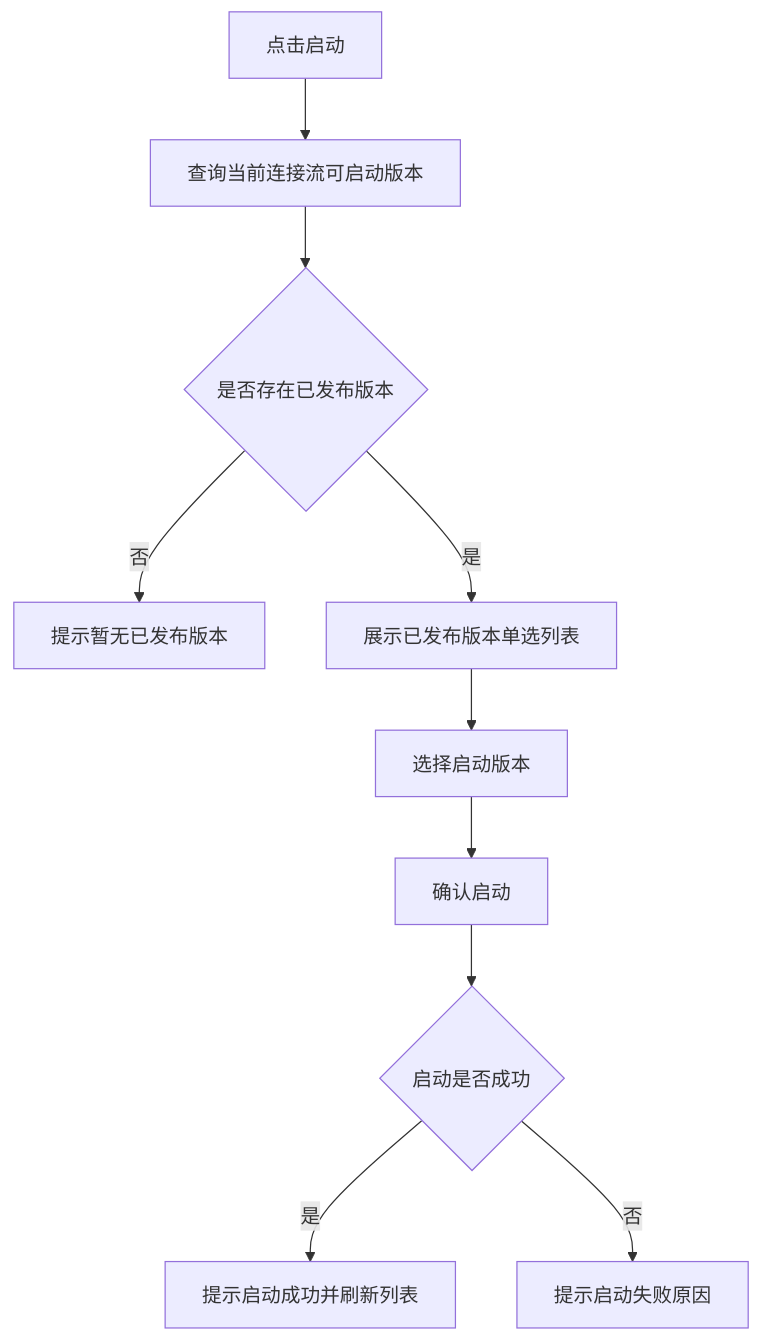
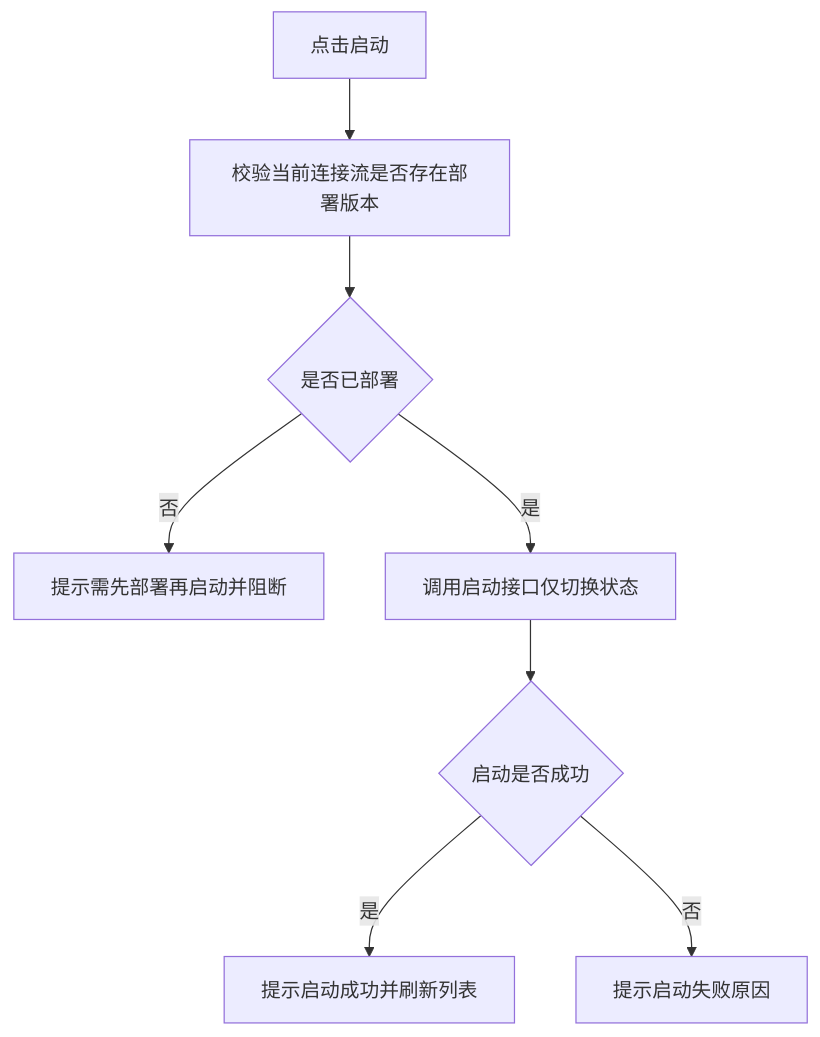
Before and after one commit to THZSummer/open-app: the third of 5 diagrams in front/doc/2026年6月文档/连接流列表需求设计说明书.md, drawn with Mermaid. The commit also changed other lines of this file and 3 other files, not shown here.

````diff
--- a/front/doc/2026年6月文档/连接流列表需求设计说明书.md
+++ b/front/doc/2026年6月文档/连接流列表需求设计说明书.md
@@ -209,12 +225,10 @@
 ```mermaid
 flowchart TD
-    A[点击启动] --> B[查询当前连接流可启动版本]
-    B --> C{是否存在已发布版本}
-    C -->|否| D[提示暂无已发布版本]
-    C -->|是| E[展示已发布版本单选列表]
-    E --> F[选择启动版本]
-    F --> G[确认启动]
-    G --> H{启动是否成功}
-    H -->|是| I[提示启动成功并刷新列表]
-    H -->|否| J[提示启动失败原因]
+    A[点击启动] --> B[校验当前连接流是否存在部署版本]
+    B --> C{是否已部署}
+    C -->|否| D[提示需先部署再启动并阻断]
+    C -->|是| E[调用启动接口仅切换状态]
+    E --> F{启动是否成功}
+    F -->|是| G[提示启动成功并刷新列表]
+    F -->|否| H[提示启动失败原因]
 ```
````
